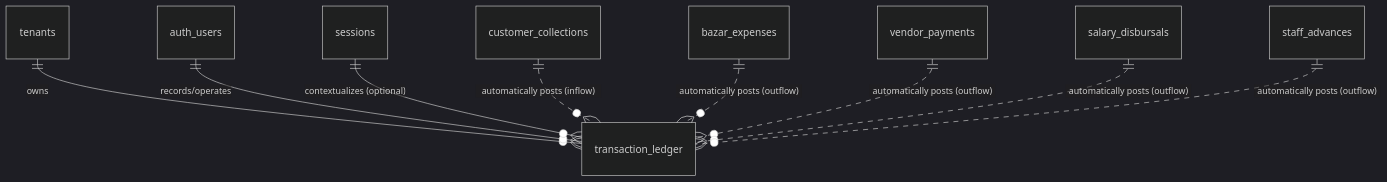
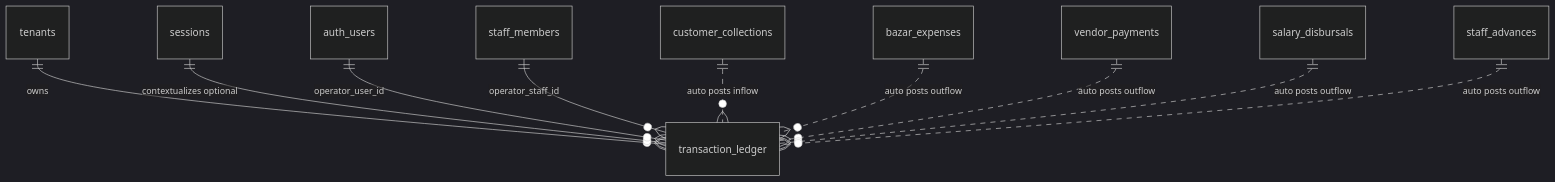
One commit to marceldavidbaroi/Smart-Hisab changed the second of 3 diagrams in docs/transaction_ledger.md. Above: the diagram before and after it, drawn with Mermaid (dark theme). The commit also changed other lines of this file and 64 other files, not shown here.

````diff
--- a/docs/transaction_ledger.md
+++ b/docs/transaction_ledger.md
@@ -58,13 +141,13 @@
 ```mermaid
 erDiagram
-    tenants ||--o{ transaction_ledger : "owns"
-    auth_users ||--o{ transaction_ledger : "records/operates"
-    sessions ||--o{ transaction_ledger : "contextualizes (optional)"
+    tenants ||--o{ transaction_ledger : owns
+    sessions ||--o{ transaction_ledger : "contextualizes optional"
+    auth_users ||--o{ transaction_ledger : "operator_user_id"
+    staff_members ||--o{ transaction_ledger : "operator_staff_id"
 
-    %% Conceptual flow of double entry events posting to ledger
-    customer_collections ||..o{ transaction_ledger : "automatically posts (inflow)"
-    bazar_expenses ||..o{ transaction_ledger : "automatically posts (outflow)"
-    vendor_payments ||..o{ transaction_ledger : "automatically posts (outflow)"
-    salary_disbursals ||..o{ transaction_ledger : "automatically posts (outflow)"
-    staff_advances ||..o{ transaction_ledger : "automatically posts (outflow)"
+    customer_collections ||..o{ transaction_ledger : "auto posts inflow"
+    bazar_expenses ||..o{ transaction_ledger : "auto posts outflow"
+    vendor_payments ||..o{ transaction_ledger : "auto posts outflow"
+    salary_disbursals ||..o{ transaction_ledger : "auto posts outflow"
+    staff_advances ||..o{ transaction_ledger : "auto posts outflow"
 ```
````
